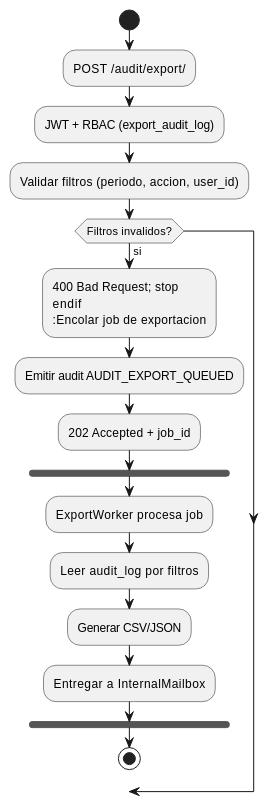
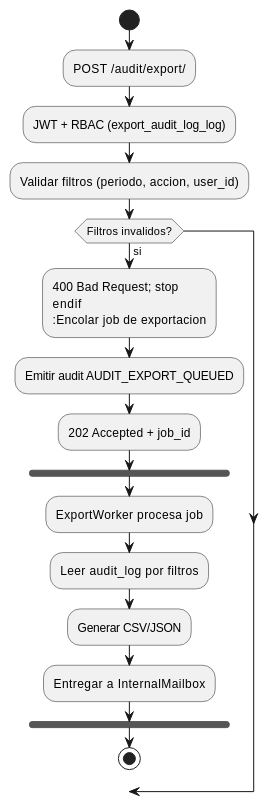
The second of 4 diagrams in source/requisitos/casos-uso/audit/uc-aud-03/diagramas-uml.rst (jcg-admin/IACT-docs), drawn with PlantUML before and after one commit. The commit also changed other lines of this file and 108 other files, not shown here.

First line of the commit message:
Apply catalog function names to non-diagram RST files

```diff
--- a/source/requisitos/casos-uso/audit/uc-aud-03/diagramas-uml.rst
+++ b/source/requisitos/casos-uso/audit/uc-aud-03/diagramas-uml.rst
@@ -32,21 +32,21 @@
 .. uml::
 
  @startuml
  start
  :POST /audit/export/;
- :JWT + RBAC (export_audit_log);
+ :JWT + RBAC (export_audit_log_log);
  :Validar filtros (periodo, accion, user_id);
  if (Filtros invalidos?) then (si)
    :400 Bad Request; stop
  endif
  :Encolar job de exportacion;
  :Emitir audit AUDIT_EXPORT_QUEUED;
  :202 Accepted + job_id;
  fork
    :ExportWorker procesa job;
    :Leer audit_log por filtros;
    :Generar CSV/JSON;
    :Entregar a InternalMailbox;
  endfork
  stop
  @enduml
```
